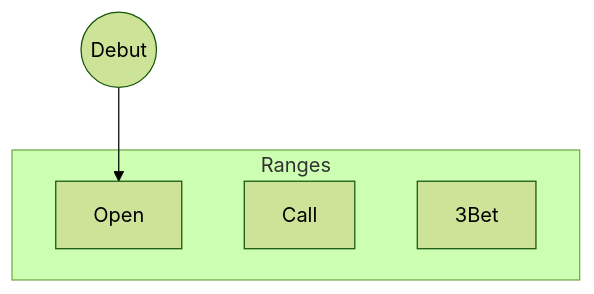
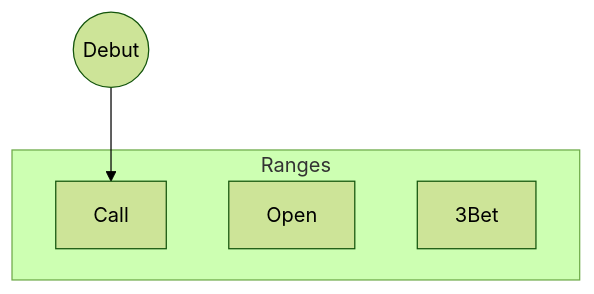
Before and after one commit to ilovepkr/beautiful-jekyll: the diagram in _posts/2018-09-01-start.md, drawn with Mermaid (forest theme). The commit also changed other lines of this file, not shown here.

Commit message:
_posts/2018-09-01-start.md updated from https://stackedit.io/

````diff
--- a/_posts/2018-09-01-start.md
+++ b/_posts/2018-09-01-start.md
@@ -62,10 +62,9 @@
 ```mermaid
 graph TB
-A((Debut)) --> Open
+A((Debut)) --> Call
 subgraph Ranges
-
 Open
 Call
 3Bet
 end
 ```
````
